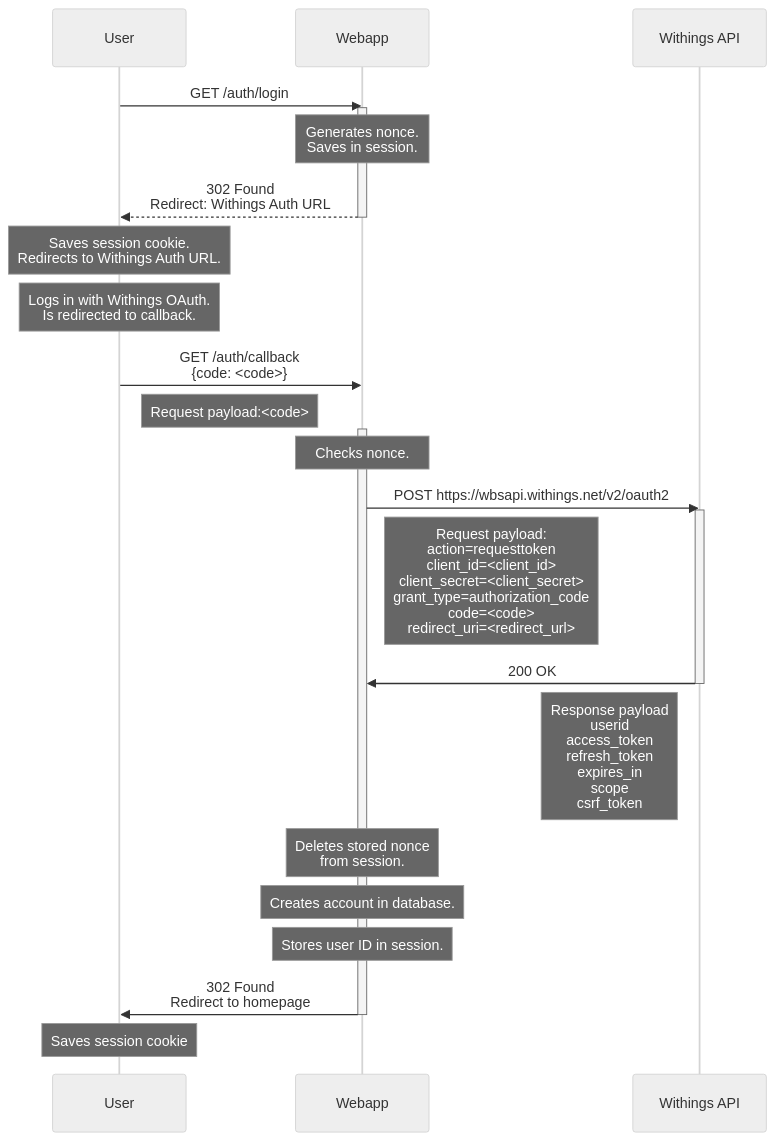
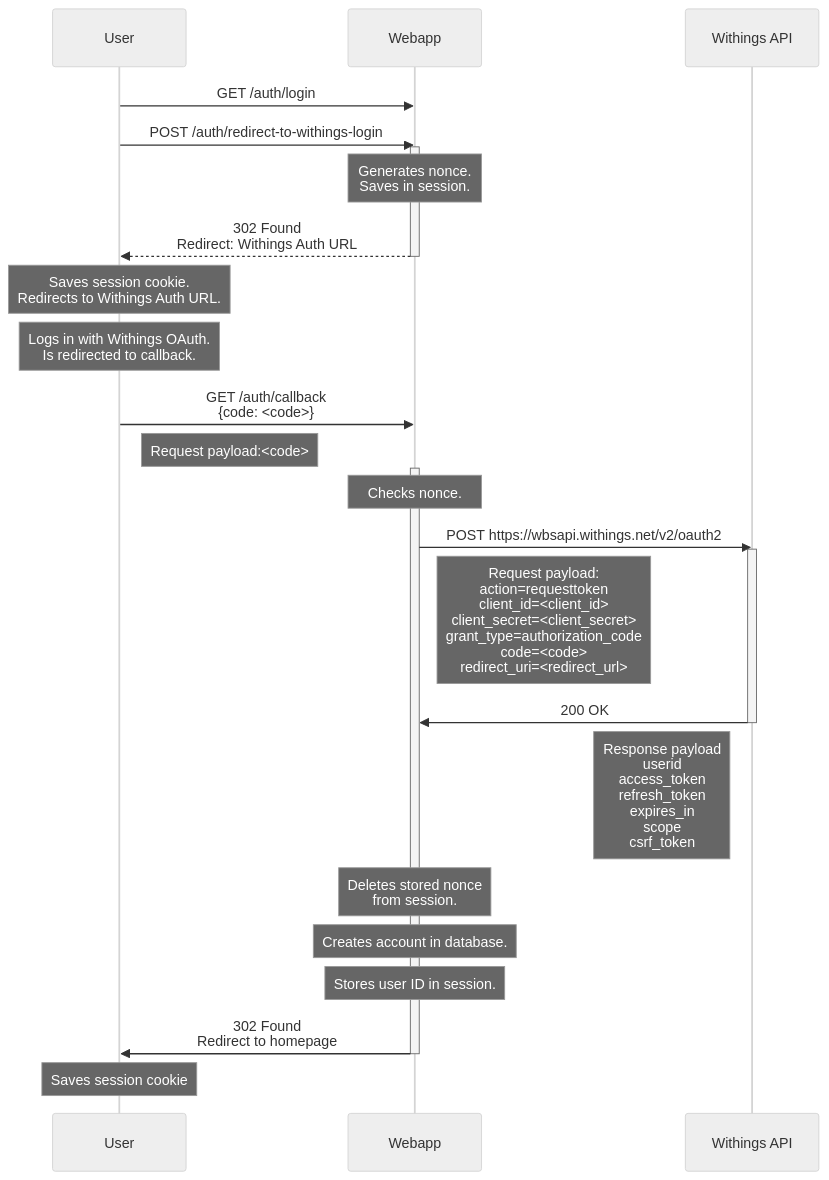
One commit to roessland/withoutings changed the diagram in docs/sequence-account-registration.md. Above: the diagram before and after it, drawn with Mermaid (neutral theme). The commit also changed 8 other files, not shown here.

Commit message:
start work on user/pass auth

````diff
--- a/docs/sequence-account-registration.md
+++ b/docs/sequence-account-registration.md
@@ -15,40 +15,41 @@
 ```mermaid
 sequenceDiagram
 participant User
 participant Webapp
 participant Withings API
 
 User->>Webapp: GET /auth/login
+User->>Webapp: POST /auth/redirect-to-withings-login
 activate Webapp
 note over Webapp: Generates nonce.<br>Saves in session.
 Webapp-->>User: 302 Found<br>Redirect: Withings Auth URL
 deactivate Webapp
 Note over User: Saves session cookie.<br>Redirects to Withings Auth URL.
 
 Note over User: Logs in with Withings OAuth. <br>Is redirected to callback.
 
 
 User->>Webapp: GET /auth/callback<br>{code: <code>}
 note right of User: Request payload:<code>
 activate Webapp
     Note over Webapp: Checks nonce.
     
     Webapp->>Withings API: POST https://wbsapi.withings.net/v2/oauth2
     activate Withings API
     Note right of Webapp: Request payload:<br>action=requesttoken<br>client_id=<client_id><br>client_secret=<client_secret><br>grant_type=authorization_code<br>code=<code><br>redirect_uri=<redirect_url>
     Withings API->>Webapp: 200 OK
     deactivate Withings API
     
     Note left of Withings API: Response payload<br>userid<br>access_token<br>refresh_token<br>expires_in<br>scope<br>csrf_token
     
     Note over Webapp: Deletes stored nonce<br>from session.
     
     Note over Webapp: Creates account in database.
     
     Note over Webapp:Stores user ID in session.
     
     Webapp->>User: 302 Found<br>Redirect to homepage
 
 deactivate Webapp
 Note over User: Saves session cookie
 ```
````
